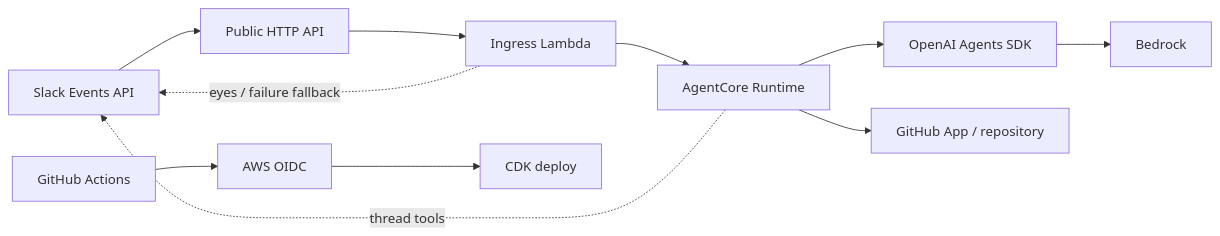
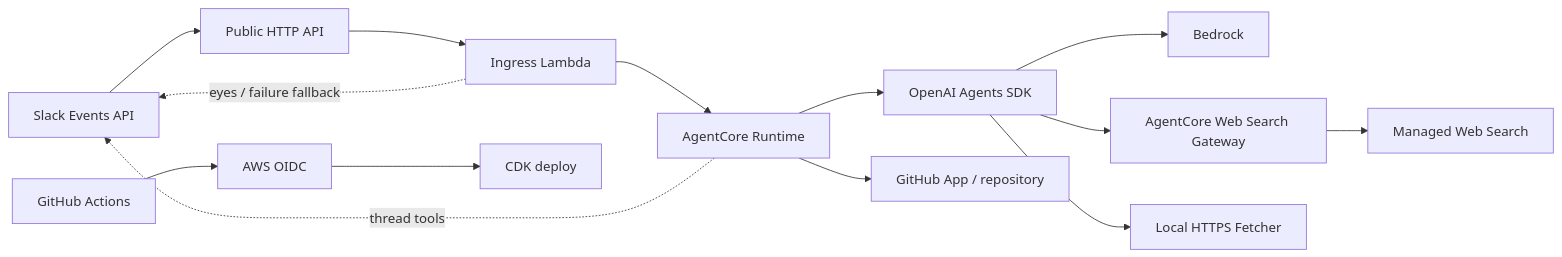
One commit to niklas-palm/codex-slack-agent changed the diagram in README.md. Above: the diagram before and after it, drawn with Mermaid. The commit also changed other lines of this file and 22 other files, not shown here.

Commit message:
Add managed web search and safe page fetch

````diff
--- a/README.md
+++ b/README.md
@@ -8,13 +8,16 @@
 ```mermaid
 flowchart LR
     Slack["Slack Events API"] --> API["Public HTTP API"]
     API --> Lambda["Ingress Lambda"]
     Lambda --> Runtime["AgentCore Runtime"]
     Runtime --> SDK["OpenAI Agents SDK"]
     SDK --> Bedrock["Bedrock"]
+    SDK --> Gateway["AgentCore Web Search Gateway"]
+    Gateway --> WebSearch["Managed Web Search"]
+    SDK --> Fetch["Local HTTPS Fetcher"]
     Lambda -. "eyes / failure fallback" .-> Slack
     Runtime -. "thread tools" .-> Slack
     Runtime --> GitHub["GitHub App / repository"]
     GitHubActions["GitHub Actions"] --> OIDC["AWS OIDC"]
     OIDC --> CDK["CDK deploy"]
 ```
````
